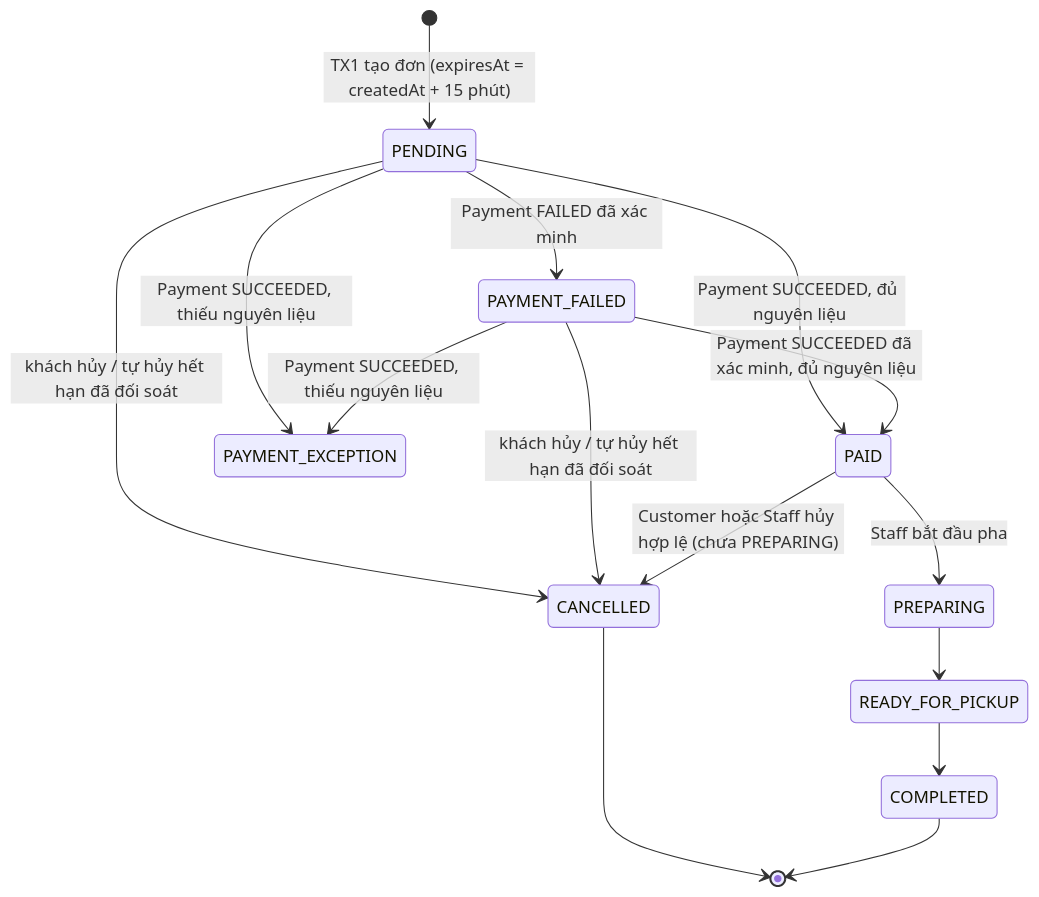
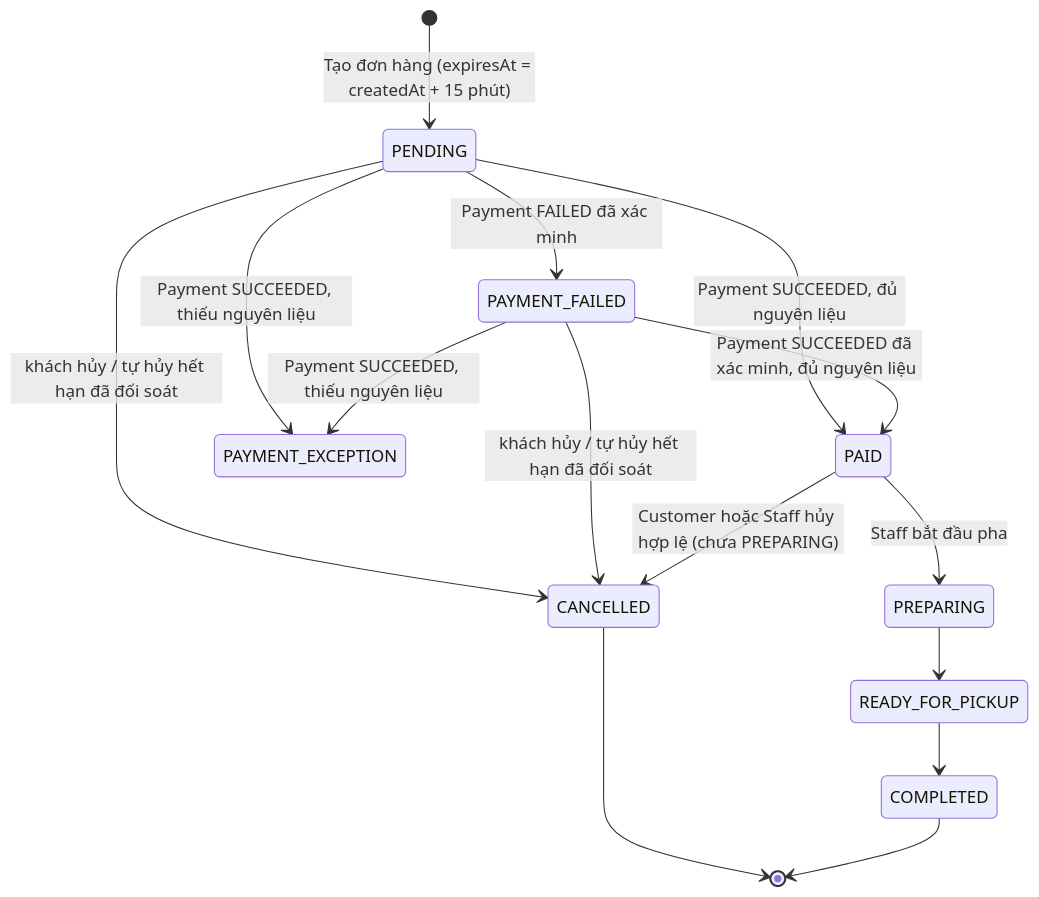
Before and after one commit to mhien06/SWE_A2: the first of 2 diagrams in docs/architecture/architecture.md, drawn with Mermaid. The commit also changed other lines of this file and 13 other files, not shown here.

Commit message:
fix(task3.1): sync transaction names and monochrome C4 diagrams

````diff
--- a/docs/architecture/architecture.md
+++ b/docs/architecture/architecture.md
@@ -93,17 +93,17 @@
 ```mermaid
 stateDiagram-v2
-    [*] --> PENDING: TX1 tạo đơn (expiresAt = createdAt + 15 phút)
+    [*] --> PENDING: Tạo đơn hàng (expiresAt = createdAt + 15 phút)
     PENDING --> PAYMENT_FAILED: Payment FAILED đã xác minh
     PENDING --> PAID: Payment SUCCEEDED, đủ nguyên liệu
     PAYMENT_FAILED --> PAID: Payment SUCCEEDED đã xác minh, đủ nguyên liệu
     PENDING --> PAYMENT_EXCEPTION: Payment SUCCEEDED, thiếu nguyên liệu
     PAYMENT_FAILED --> PAYMENT_EXCEPTION: Payment SUCCEEDED, thiếu nguyên liệu
     PENDING --> CANCELLED: khách hủy / tự hủy hết hạn đã đối soát
     PAYMENT_FAILED --> CANCELLED: khách hủy / tự hủy hết hạn đã đối soát
     PAID --> CANCELLED: Customer hoặc Staff hủy hợp lệ (chưa PREPARING)
     PAID --> PREPARING: Staff bắt đầu pha
     PREPARING --> READY_FOR_PICKUP
     READY_FOR_PICKUP --> COMPLETED
     CANCELLED --> [*]
     COMPLETED --> [*]
 ```
````
